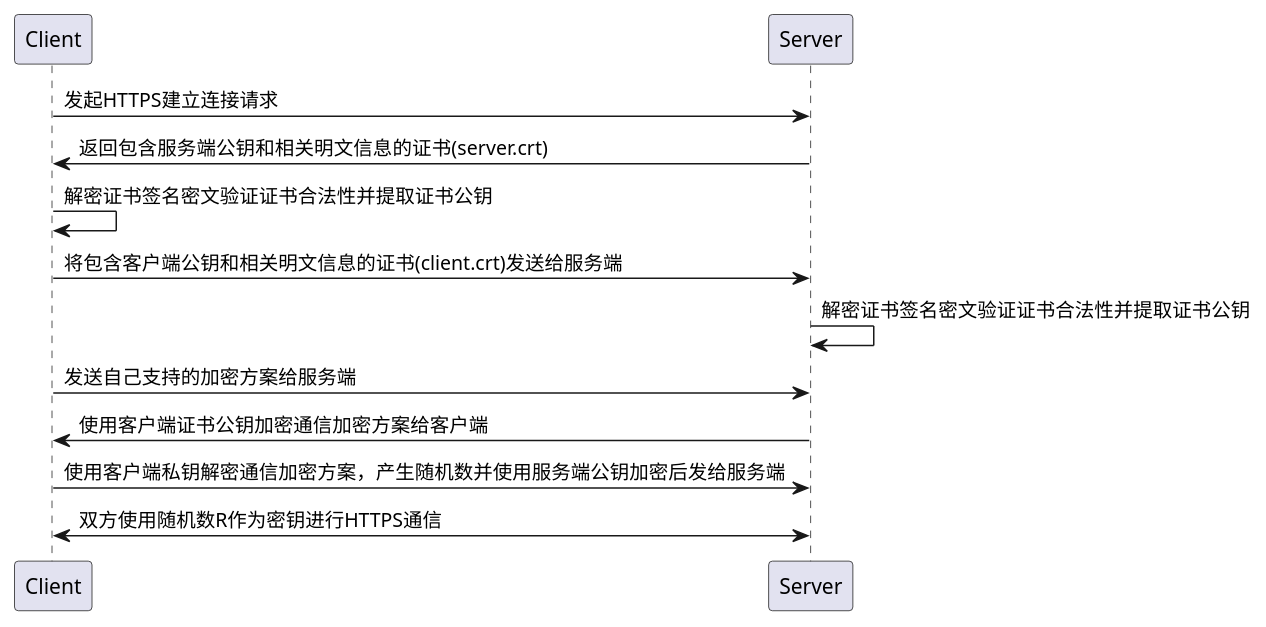
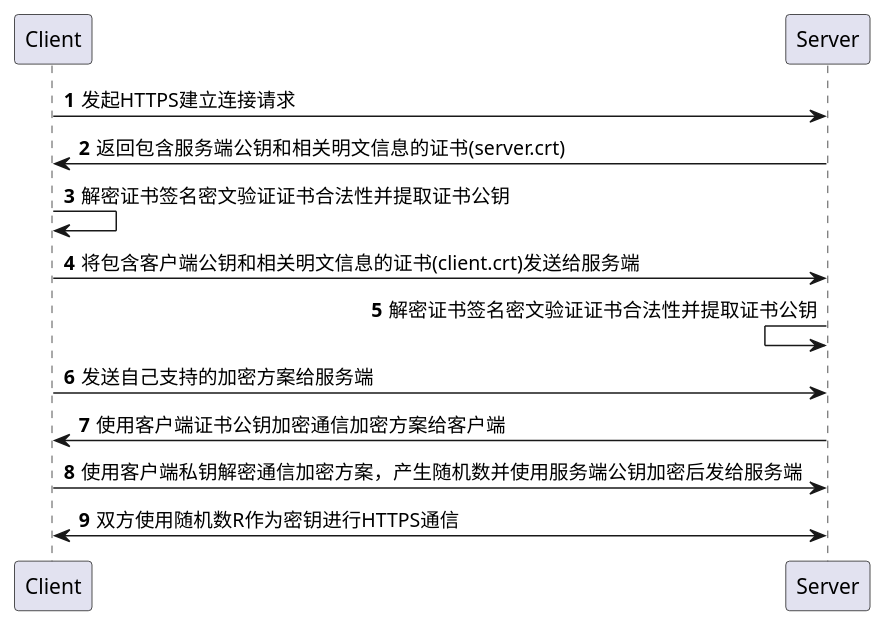
Before and after one commit to LanXuage/LanXuage.github.io: the diagram in _posts/2022-08-03-Kafka的SSL加密相关问题.md, drawn with PlantUML.

````diff
--- a/_posts/2022-08-03-Kafka的SSL加密相关问题.md
+++ b/_posts/2022-08-03-Kafka的SSL加密相关问题.md
@@ -28,11 +28,12 @@
 ```plantuml!
+autonumber
 Client -> Server : 发起HTTPS建立连接请求
 Server -> Client : 返回包含服务端公钥和相关明文信息的证书(server.crt)
 Client -> Client : 解密证书签名密文验证证书合法性并提取证书公钥
 Client -> Server : 将包含客户端公钥和相关明文信息的证书(client.crt)发送给服务端
-Server -> Server : 解密证书签名密文验证证书合法性并提取证书公钥
+Server <- Server : 解密证书签名密文验证证书合法性并提取证书公钥
 Client -> Server : 发送自己支持的加密方案给服务端
 Server -> Client : 使用客户端证书公钥加密通信加密方案给客户端
 Client -> Server : 使用客户端私钥解密通信加密方案，产生随机数并使用服务端公钥加密后发给服务端
 Client <-> Server : 双方使用随机数R作为密钥进行HTTPS通信
 ```
````
